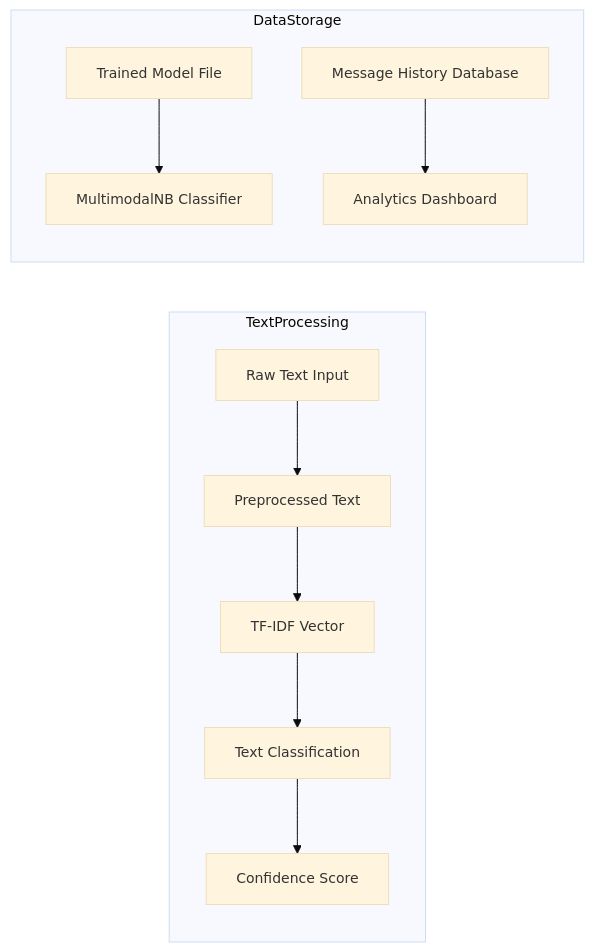
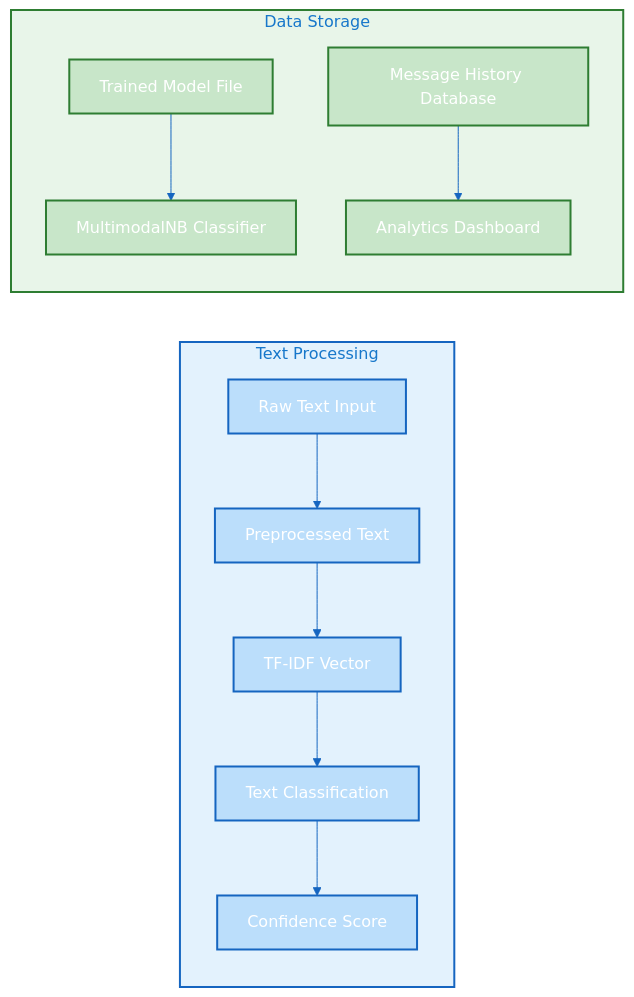
Before and after one commit to ogshivam/spambae: the second of 3 diagrams in README.md, drawn with Mermaid. The commit also changed other lines of this file, not shown here.

First line of the commit message:
style: enhance Mermaid diagrams visibility

````diff
--- a/README.md
+++ b/README.md
@@ -108,26 +123,37 @@
 ```mermaid
-%%{init: {'theme': 'base', 'themeVariables': { 'fontFamily': 'Arial', 'fontSize': '14px'}}}%%
+%%{init: {'theme': 'base', 'themeVariables': { 'fontFamily': 'Courier New', 'fontSize': '16px', 'fontWeight': 'bold', 'primaryColor': '#1e88e5', 'primaryTextColor': '#ffffff', 'primaryBorderColor': '#1565c0', 'lineColor': '#1565c0', 'textColor': '#212121'}}}%%
 flowchart LR
-    subgraph TextProcessing
+    subgraph TextProcessing[Text Processing]
+        style TextProcessing fill:#e3f2fd,stroke:#1565c0,stroke-width:2px
         RawText[Raw Text Input]
         Preprocessed[Preprocessed Text]
         TFIDFVector[TF-IDF Vector]
         Classification[Text Classification]
         ConfidenceScore[Confidence Score]
+        style RawText fill:#bbdefb,stroke:#1565c0,stroke-width:2px
+        style Preprocessed fill:#bbdefb,stroke:#1565c0,stroke-width:2px
+        style TFIDFVector fill:#bbdefb,stroke:#1565c0,stroke-width:2px
+        style Classification fill:#bbdefb,stroke:#1565c0,stroke-width:2px
+        style ConfidenceScore fill:#bbdefb,stroke:#1565c0,stroke-width:2px
     end
 
-    subgraph DataStorage
+    subgraph DataStorage[Data Storage]
+        style DataStorage fill:#e8f5e9,stroke:#2e7d32,stroke-width:2px
         ModelFile[Trained Model File]
         ClassificationModel[MultimodalNB Classifier]
         MessageHistory[Message History Database]
         AnalyticsEngine[Analytics Dashboard]
+        style ModelFile fill:#c8e6c9,stroke:#2e7d32,stroke-width:2px
+        style ClassificationModel fill:#c8e6c9,stroke:#2e7d32,stroke-width:2px
+        style MessageHistory fill:#c8e6c9,stroke:#2e7d32,stroke-width:2px
+        style AnalyticsEngine fill:#c8e6c9,stroke:#2e7d32,stroke-width:2px
     end
 
     RawText --> Preprocessed
     Preprocessed --> TFIDFVector
     TFIDFVector --> Classification
     Classification --> ConfidenceScore
 
     ModelFile --> ClassificationModel
     MessageHistory --> AnalyticsEngine
 ```
````
